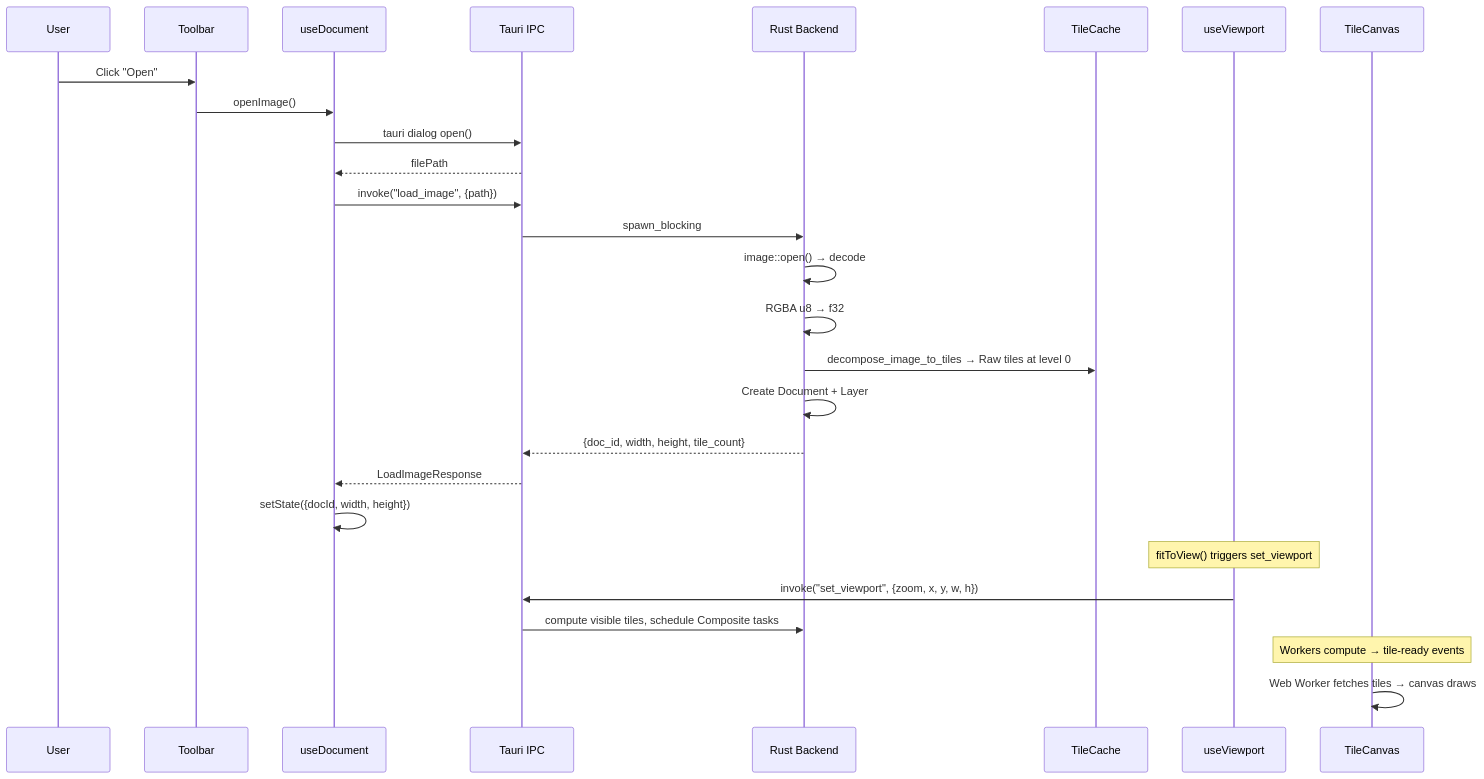
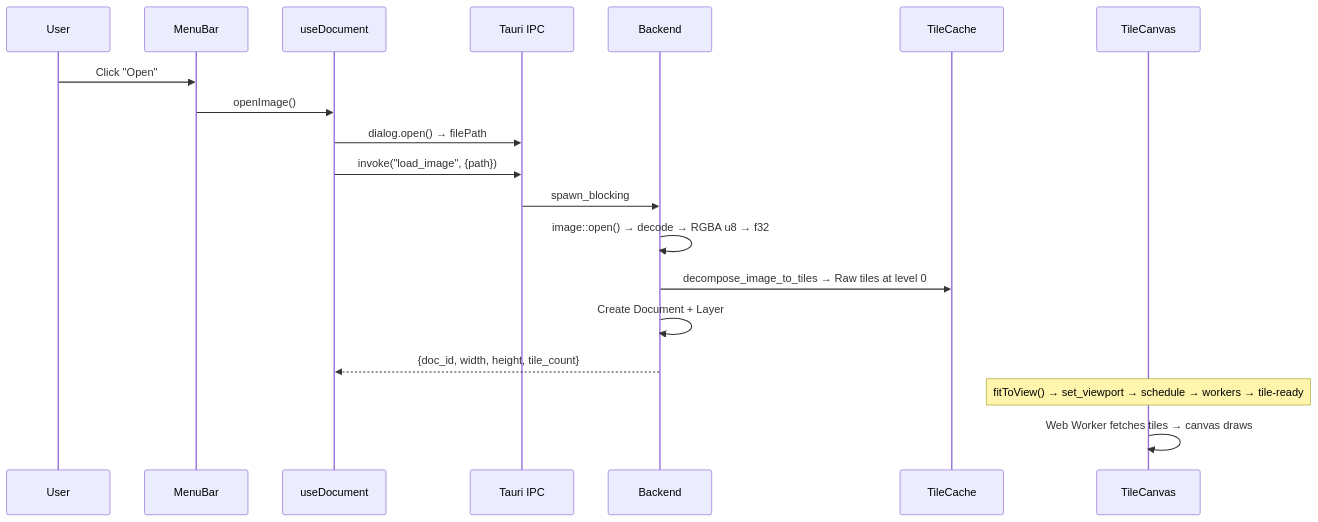
The sixth of 9 diagrams in ARCHITECTURE.md (edrdavid1/dith-yuki), drawn with Mermaid before and after one commit. The commit also changed other lines of this file and 317 other files, not shown here.

````diff
--- a/ARCHITECTURE.md
+++ b/ARCHITECTURE.md
@@ -1149,30 +1335,22 @@
 ```mermaid
 sequenceDiagram
     participant User
-    participant Toolbar
+    participant MenuBar
     participant useDocument
     participant IPC as Tauri IPC
-    participant Backend as Rust Backend
+    participant Backend
     participant Cache as TileCache
-    participant useViewport
     participant TileCanvas
 
-    User->>Toolbar: Click "Open"
-    Toolbar->>useDocument: openImage()
-    useDocument->>IPC: tauri dialog open()
-    IPC-->>useDocument: filePath
+    User->>MenuBar: Click "Open"
+    MenuBar->>useDocument: openImage()
+    useDocument->>IPC: dialog.open() → filePath
     useDocument->>IPC: invoke("load_image", {path})
     IPC->>Backend: spawn_blocking
-    Backend->>Backend: image::open() → decode
-    Backend->>Backend: RGBA u8 → f32
+    Backend->>Backend: image::open() → decode → RGBA u8 → f32
     Backend->>Cache: decompose_image_to_tiles → Raw tiles at level 0
     Backend->>Backend: Create Document + Layer
-    Backend-->>IPC: {doc_id, width, height, tile_count}
-    IPC-->>useDocument: LoadImageResponse
-    useDocument->>useDocument: setState({docId, width, height})
-    Note over useViewport: fitToView() triggers set_viewport
-    useViewport->>IPC: invoke("set_viewport", {zoom, x, y, w, h})
-    IPC->>Backend: compute visible tiles, schedule Composite tasks
-    Note over TileCanvas: Workers compute → tile-ready events
+    Backend-->>useDocument: {doc_id, width, height, tile_count}
+    Note over TileCanvas: fitToView() → set_viewport → schedule → workers → tile-ready
     TileCanvas->>TileCanvas: Web Worker fetches tiles → canvas draws
 ```
````
